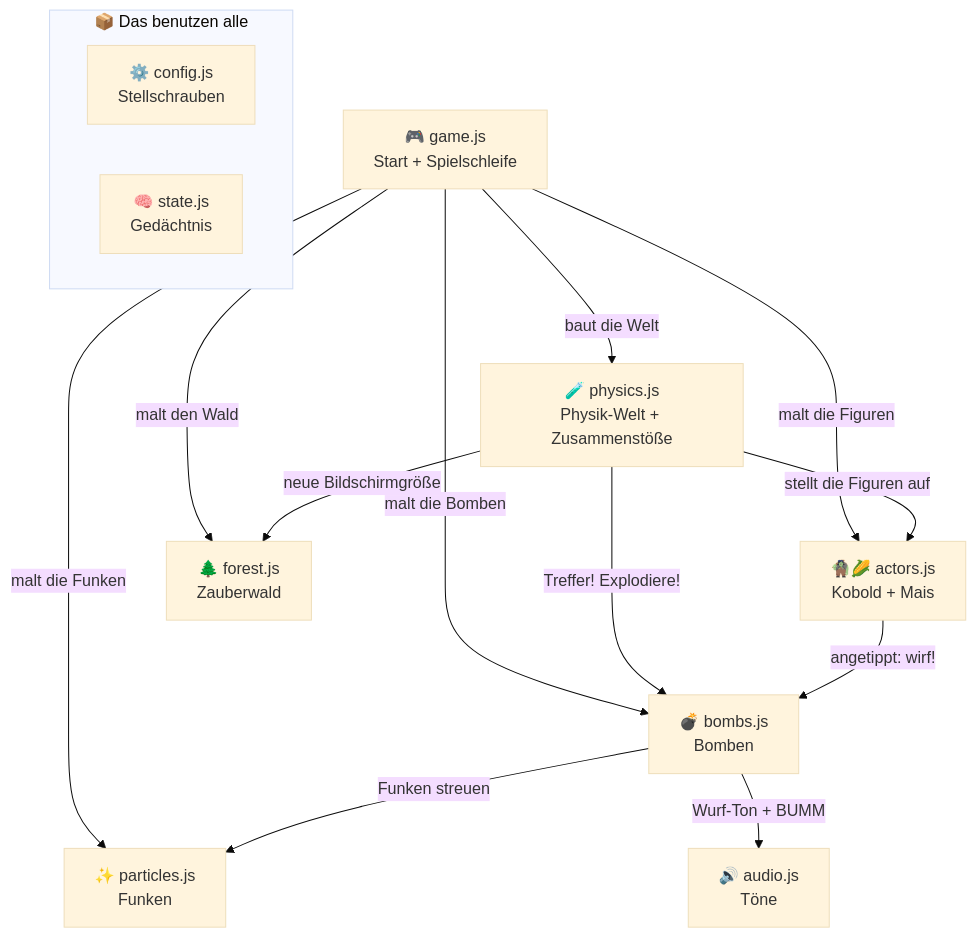
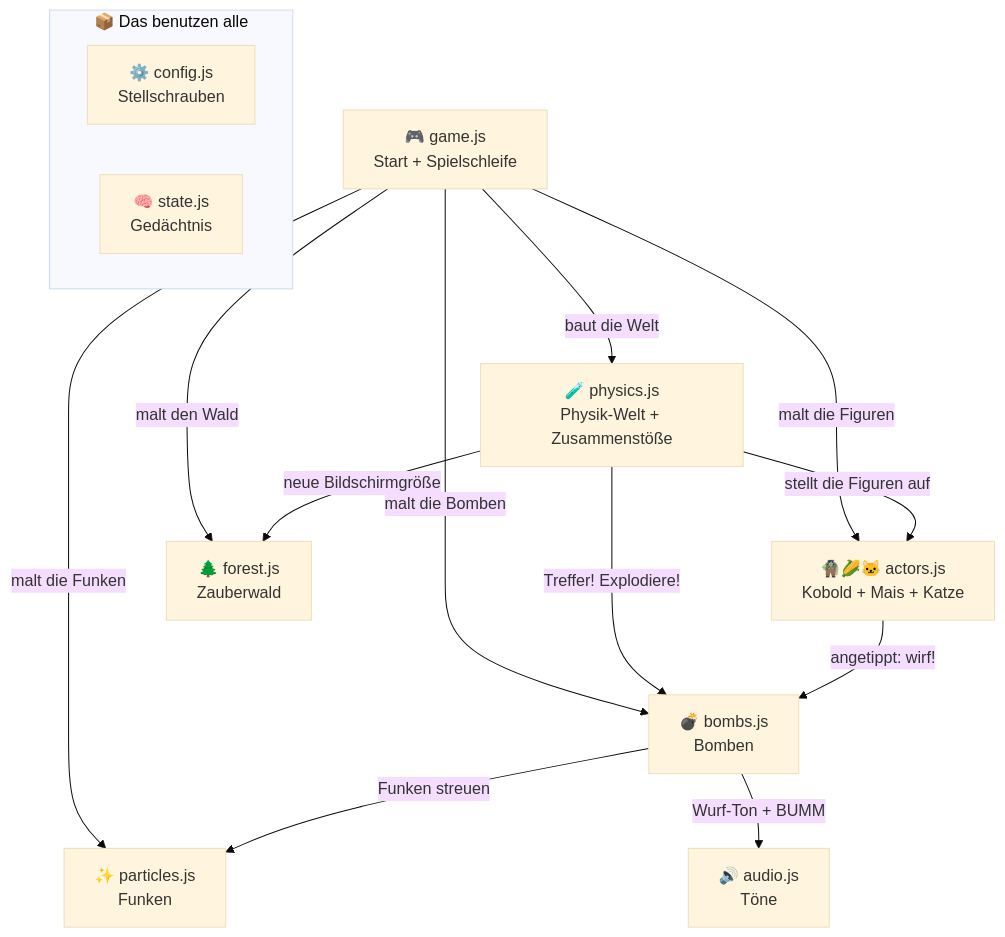
The diagram in js/README.md (felixinberlin/Jugendklub-Lieberose), drawn with Mermaid (base theme) before and after one commit. The commit also changed other lines of this file and 8 other files, not shown here.

First line of the commit message:
Neue Figur: die Katze 🐱 (Kobold → Mais → Katze → Kobold)

````diff
--- a/js/README.md
+++ b/js/README.md
@@ -28,29 +28,29 @@
 ```mermaid
 flowchart TD
     game["🎮 game.js<br/>Start + Spielschleife"]
     physics["🧪 physics.js<br/>Physik-Welt + Zusammenstöße"]
-    actors["🧌🌽 actors.js<br/>Kobold + Mais"]
+    actors["🧌🌽🐱 actors.js<br/>Kobold + Mais + Katze"]
     bombs["💣 bombs.js<br/>Bomben"]
     forest["🌲 forest.js<br/>Zauberwald"]
     particles["✨ particles.js<br/>Funken"]
     audio["🔊 audio.js<br/>Töne"]
 
     game -->|"baut die Welt"| physics
     game -->|"malt den Wald"| forest
     game -->|"malt die Figuren"| actors
     game -->|"malt die Bomben"| bombs
     game -->|"malt die Funken"| particles
 
     physics -->|"stellt die Figuren auf"| actors
     physics -->|"Treffer! Explodiere!"| bombs
     physics -->|"neue Bildschirmgröße"| forest
 
     actors -->|"angetippt: wirf!"| bombs
     bombs -->|"Funken streuen"| particles
     bombs -->|"Wurf-Ton + BUMM"| audio
 
     subgraph alle ["📦 Das benutzen alle"]
         config["⚙️ config.js<br/>Stellschrauben"]
         state["🧠 state.js<br/>Gedächtnis"]
     end
 ```
````
